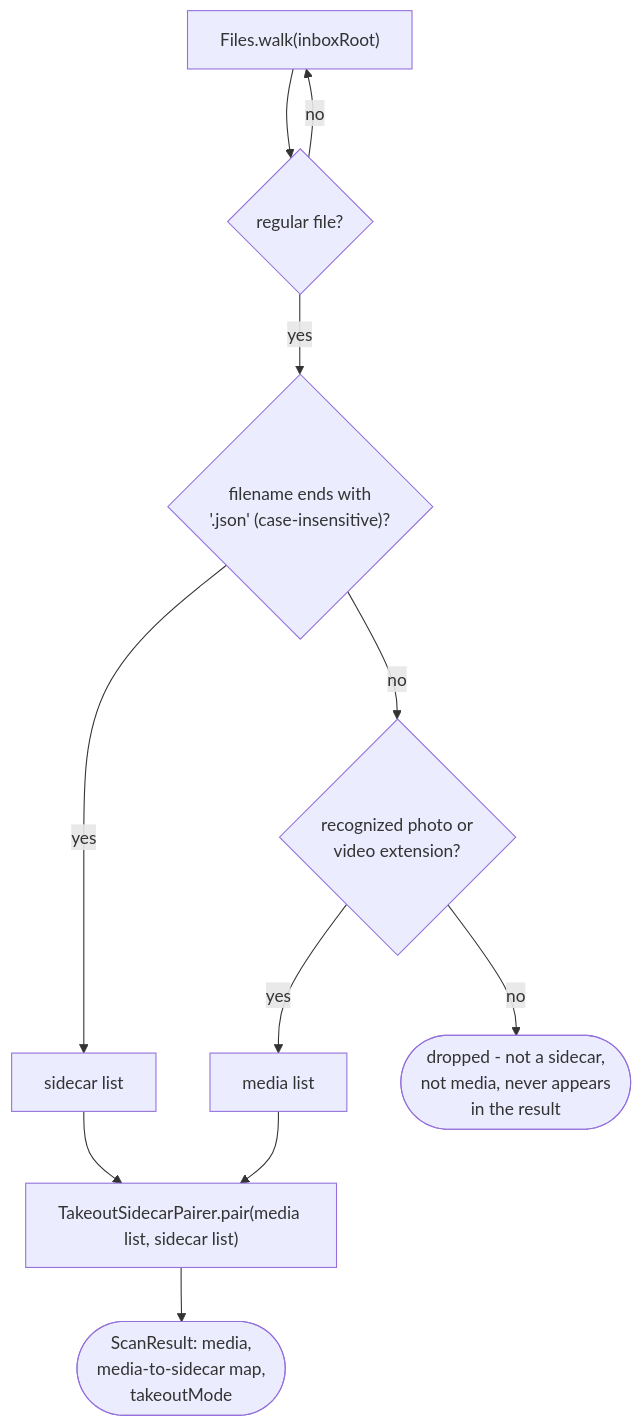
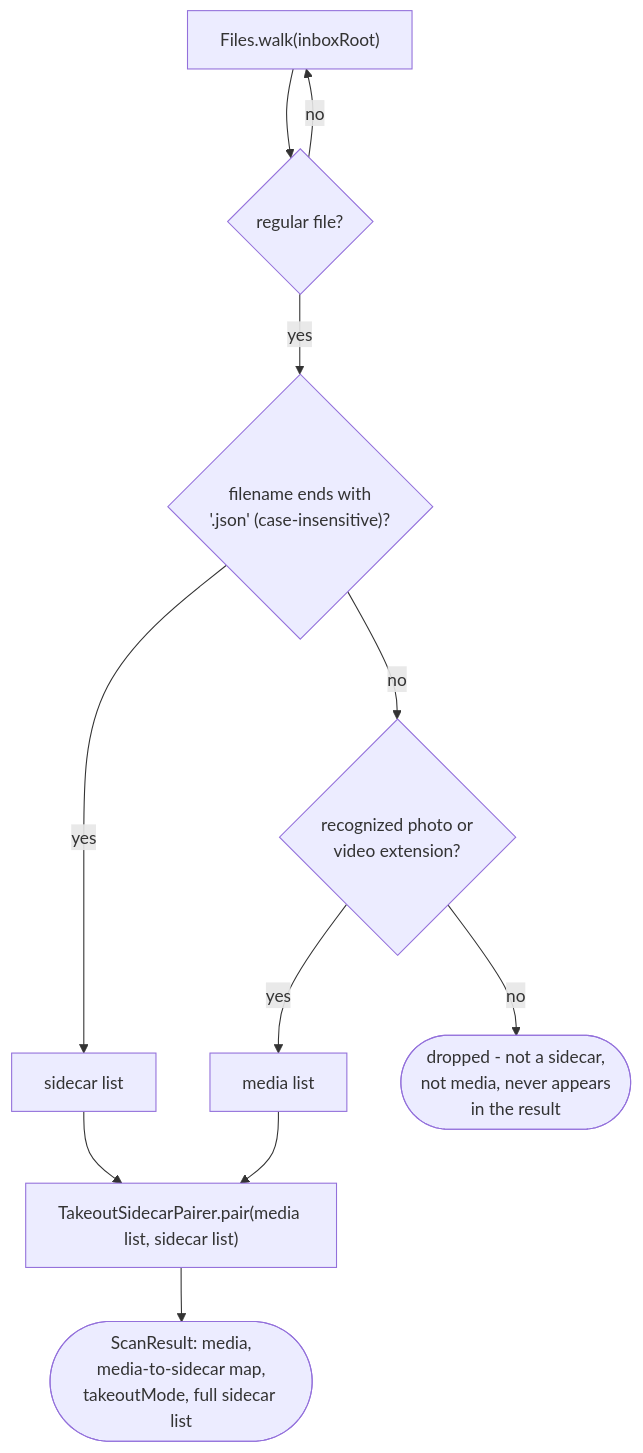
The first of 2 diagrams in app/docs/design/adapter/fs/inbox-scanning.md (AdrianNachev91/sluice), drawn with Mermaid before and after one commit. The commit also changed other lines of this file and 13 other files, not shown here.

````diff
--- a/app/docs/design/adapter/fs/inbox-scanning.md
+++ b/app/docs/design/adapter/fs/inbox-scanning.md
@@ -8,13 +8,13 @@
 ```mermaid
 flowchart TD
     A["Files.walk(inboxRoot)"] --> B{"regular file?"}
     B -- no --> A
     B -- yes --> C{"filename ends with<br/>'.json' (case-insensitive)?"}
     C -- yes --> D["sidecar list"]
     C -- no --> E{"recognized photo or<br/>video extension?"}
     E -- yes --> F["media list"]
     E -- no --> G(["dropped - not a sidecar,<br/>not media, never appears<br/>in the result"])
     D --> H["TakeoutSidecarPairer.pair(media list, sidecar list)"]
     F --> H
-    H --> I(["ScanResult: media,<br/>media-to-sidecar map,<br/>takeoutMode"])
+    H --> I(["ScanResult: media,<br/>media-to-sidecar map,<br/>takeoutMode, full sidecar list"])
 ```
````
